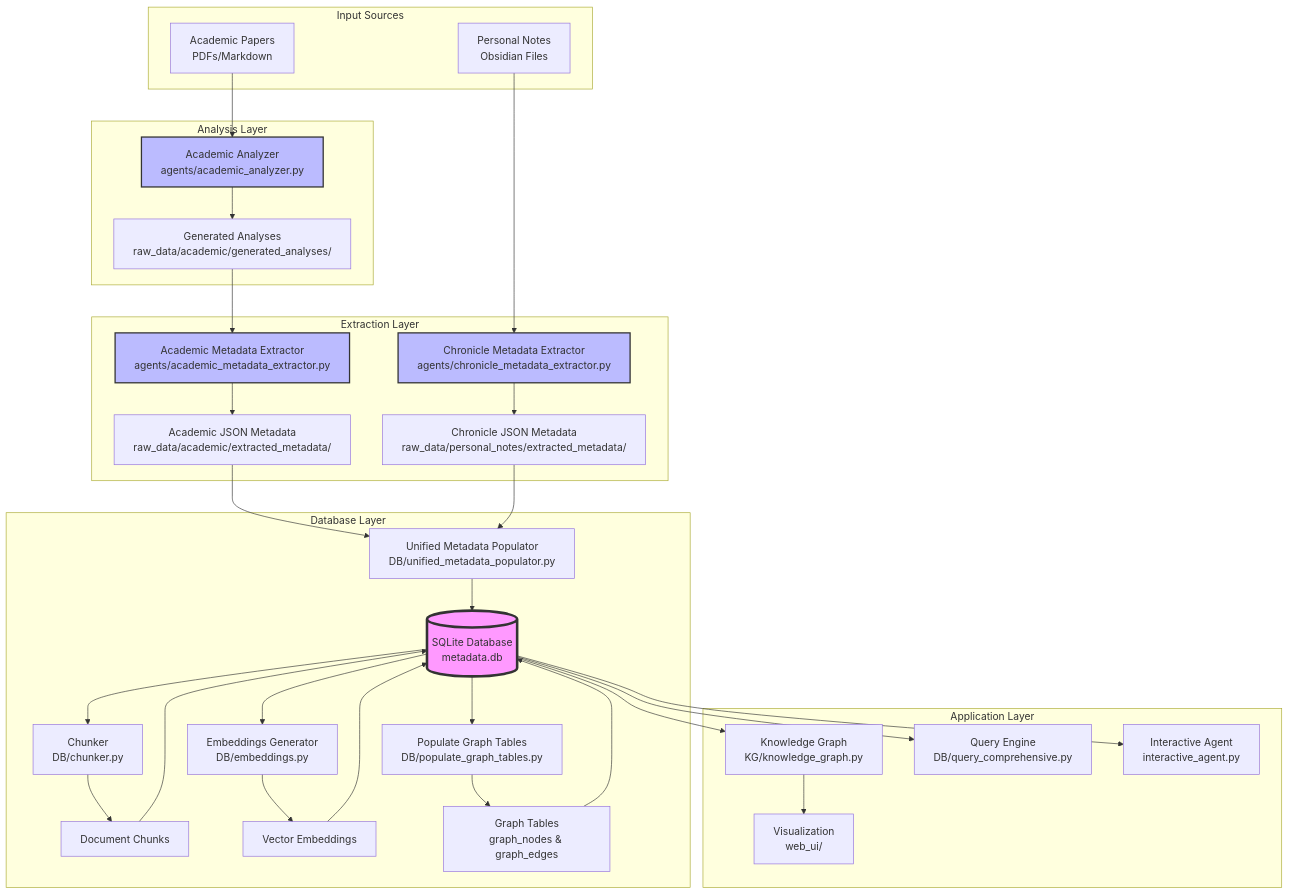
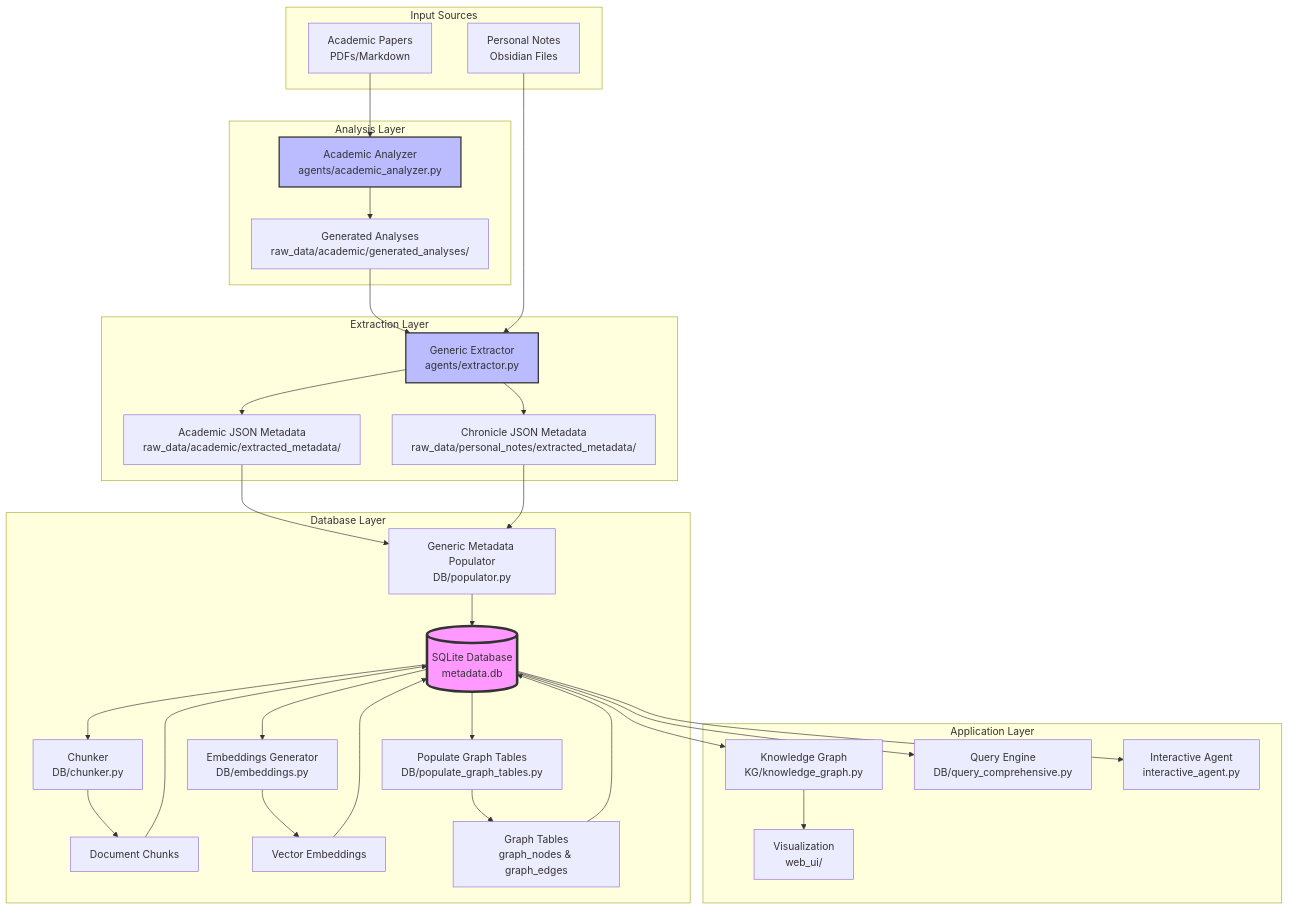
One commit to artnoage/interactive_cv changed the diagram in DB/README.md. Above: the diagram before and after it, drawn with Mermaid. The commit also changed other lines of this file and 3 other files, not shown here.

Commit message:
feat: Update README files to reflect changes in database architecture and knowledge graph integration

````diff
--- a/DB/README.md
+++ b/DB/README.md
@@ -19,53 +19,51 @@
 ```mermaid
 graph TB
     subgraph "Input Sources"
         AP[Academic Papers<br/>PDFs/Markdown]
         PN[Personal Notes<br/>Obsidian Files]
     end
     
     subgraph "Analysis Layer"
         AA[Academic Analyzer<br/>agents/academic_analyzer.py]
         AP --> AA
         AA --> GA[Generated Analyses<br/>raw_data/academic/generated_analyses/]
     end
     
     subgraph "Extraction Layer"
-        AME[Academic Metadata Extractor<br/>agents/academic_metadata_extractor.py]
-        CME[Chronicle Metadata Extractor<br/>agents/chronicle_metadata_extractor.py]
-        GA --> AME
-        PN --> CME
-        AME --> AJ[Academic JSON Metadata<br/>raw_data/academic/extracted_metadata/]
-        CME --> CJ[Chronicle JSON Metadata<br/>raw_data/personal_notes/extracted_metadata/]
+        EXT[Generic Extractor<br/>agents/extractor.py]
+        GA --> EXT
+        PN --> EXT
+        EXT --> AJ[Academic JSON Metadata<br/>raw_data/academic/extracted_metadata/]
+        EXT --> CJ[Chronicle JSON Metadata<br/>raw_data/personal_notes/extracted_metadata/]
     end
     
     subgraph "Database Layer"
-        UP[Unified Metadata Populator<br/>DB/unified_metadata_populator.py]
+        UP[Generic Metadata Populator<br/>DB/populator.py]
         AJ --> UP
         CJ --> UP
         UP --> DB[(SQLite Database<br/>metadata.db)]
         
         DB --> CH[Chunker<br/>DB/chunker.py]
         CH --> DC[Document Chunks]
         DC --> DB
         
         DB --> EMB[Embeddings Generator<br/>DB/embeddings.py]
         EMB --> VE[Vector Embeddings]
         VE --> DB
         
         DB --> PGT[Populate Graph Tables<br/>DB/populate_graph_tables.py]
         PGT --> GT[Graph Tables<br/>graph_nodes & graph_edges]
         GT --> DB
     end
     
     subgraph "Application Layer"
         DB --> KG[Knowledge Graph<br/>KG/knowledge_graph.py]
         DB --> QE[Query Engine<br/>DB/query_comprehensive.py]
         DB --> IA[Interactive Agent<br/>interactive_agent.py]
         KG --> VIS[Visualization<br/>web_ui/]
     end
     
     style DB fill:#f9f,stroke:#333,stroke-width:4px
     style AA fill:#bbf,stroke:#333,stroke-width:2px
-    style AME fill:#bbf,stroke:#333,stroke-width:2px
-    style CME fill:#bbf,stroke:#333,stroke-width:2px
+    style EXT fill:#bbf,stroke:#333,stroke-width:2px
 ```
````
